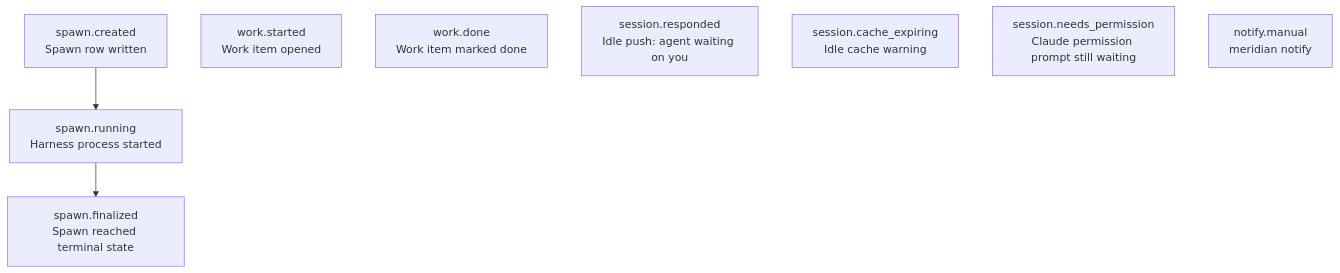
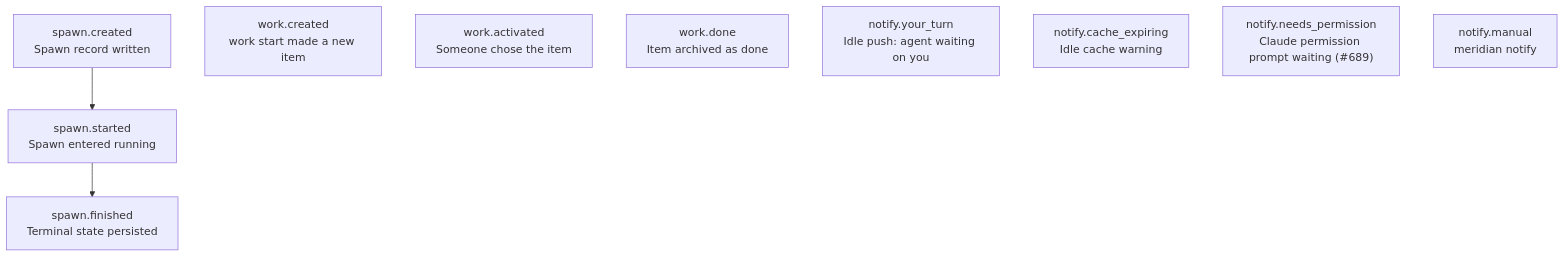
The diagram in kb/concepts/hooks-and-plugins.md (haowjy/meridian-cli-kb), drawn with Mermaid before and after one commit. The commit also changed other lines of this file and 15 other files, not shown here.

````diff
--- a/kb/concepts/hooks-and-plugins.md
+++ b/kb/concepts/hooks-and-plugins.md
@@ -41,13 +47,14 @@
 ```mermaid
 graph TD
-    SPAWN_CREATED["spawn.created\nSpawn row written"] --> SPAWN_RUNNING["spawn.running\nHarness process started"]
-    SPAWN_RUNNING --> SPAWN_FINALIZED["spawn.finalized\nSpawn reached terminal state"]
+    SPAWN_CREATED["spawn.created\nSpawn record written"] --> SPAWN_STARTED["spawn.started\nSpawn entered running"]
+    SPAWN_STARTED --> SPAWN_FINISHED["spawn.finished\nTerminal state persisted"]
 
-    WORK_START["work.started\nWork item opened"]
-    WORK_DONE["work.done\nWork item marked done"]
+    WORK_CREATED["work.created\nwork start made a new item"]
+    WORK_ACTIVATED["work.activated\nSomeone chose the item"]
+    WORK_DONE["work.done\nItem archived as done"]
 
-    RESPONDED["session.responded\nIdle push: agent waiting on you"]
-    CACHE["session.cache_expiring\nIdle cache warning"]
-    PERMISSION["session.needs_permission\nClaude permission prompt still waiting"]
+    YOUR_TURN["notify.your_turn\nIdle push: agent waiting on you"]
+    CACHE["notify.cache_expiring\nIdle cache warning"]
+    PERMISSION["notify.needs_permission\nClaude permission prompt waiting (#689)"]
     MANUAL["notify.manual\nmeridian notify"]
 ```
````
